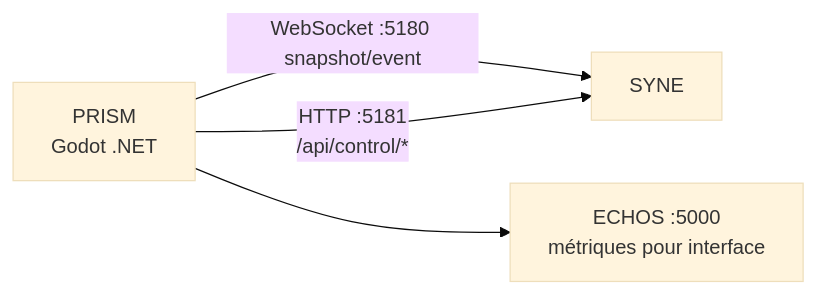
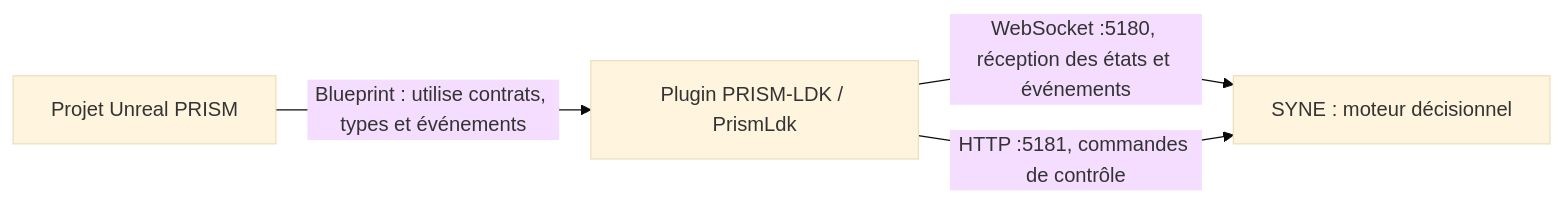
The diagram in docs/docs-prism/ARCHITECTURE.md (donovan-dev-web/LIVEX), drawn with Mermaid (base theme) before and after one commit. The commit also changed other lines of this file and 12 other files, not shown here.

First line of the commit message:
docs(prism): réécrit le dossier PRISM pour le projet Unreal et son plugin

````diff
--- a/docs/docs-prism/ARCHITECTURE.md
+++ b/docs/docs-prism/ARCHITECTURE.md
@@ -59,6 +41,6 @@
 ```mermaid
 flowchart LR
-    PRISM[PRISM\nGodot .NET] -->|WebSocket :5180 snapshot/event| S[SYNE]
-    PRISM -->|HTTP :5181\n/api/control/*| S
-    PRISM --> E[ECHOS :5000\nmétriques pour interface]
+    P[Projet Unreal PRISM] -->|Blueprint : utilise contrats, types et événements| L[Plugin PRISM-LDK / PrismLdk]
+    L -->|WebSocket :5180, réception des états et événements| S[SYNE : moteur décisionnel]
+    L -->|HTTP :5181, commandes de contrôle| S
 ```
````
